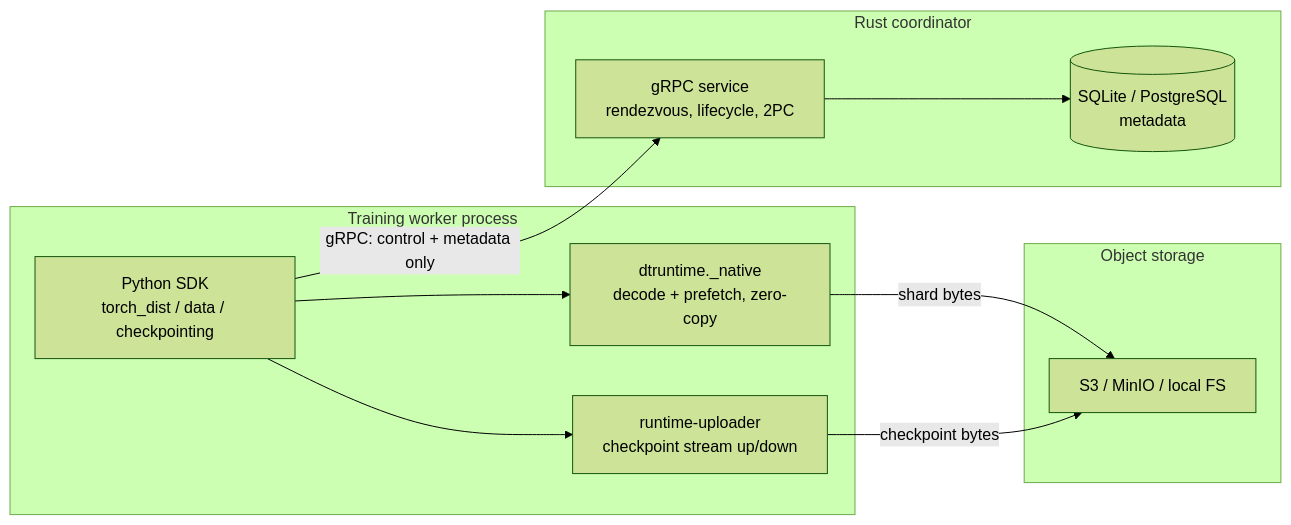
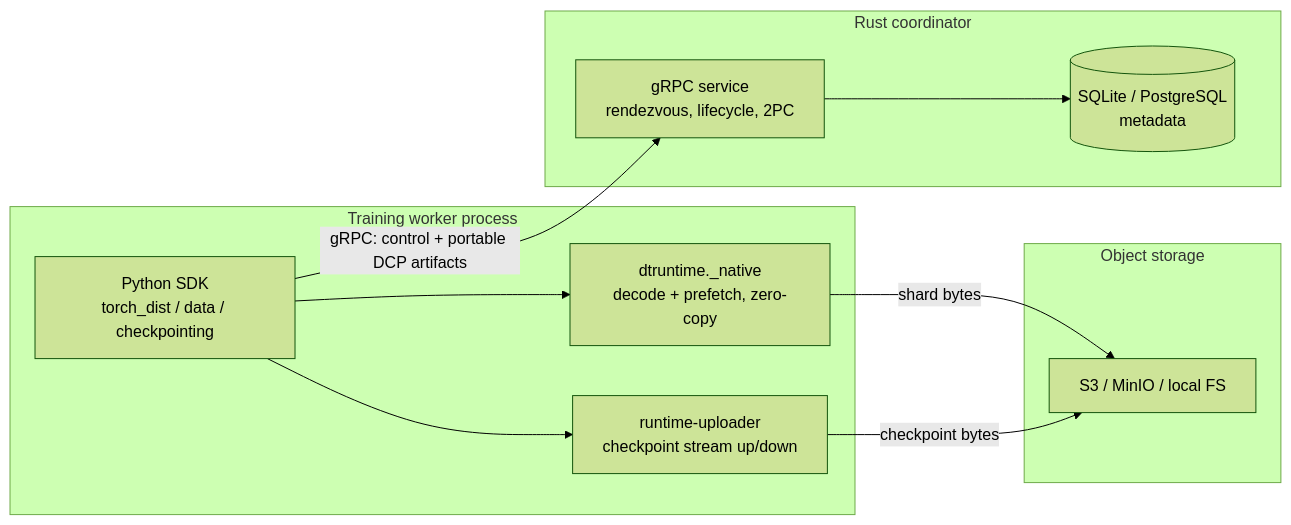
Before and after one commit to johnaco96/distributed-training-runtime: the first of 2 diagrams in docs/architecture.md, drawn with Mermaid (forest theme). The commit also changed other lines of this file and 18 other files, not shown here.

````diff
--- a/docs/architecture.md
+++ b/docs/architecture.md
@@ -77,24 +78,24 @@
 ```mermaid
 flowchart LR
     subgraph Worker[Training worker process]
       SDK[Python SDK<br/>torch_dist / data / checkpointing]
       NATIVE[dtruntime._native<br/>decode + prefetch, zero-copy]
       UP[runtime-uploader<br/>checkpoint stream up/down]
     end
 
     subgraph Coordinator[Rust coordinator]
       COORD[gRPC service<br/>rendezvous, lifecycle, 2PC]
       META[(SQLite / PostgreSQL<br/>metadata)]
     end
 
     subgraph Store[Object storage]
       S3[S3 / MinIO / local FS]
     end
 
-    SDK -->|gRPC: control + metadata only| COORD
+    SDK -->|gRPC: control + portable DCP artifacts| COORD
     COORD --> META
     SDK --> NATIVE
     SDK --> UP
     NATIVE -->|shard bytes| S3
     UP -->|checkpoint bytes| S3
 ```
````
